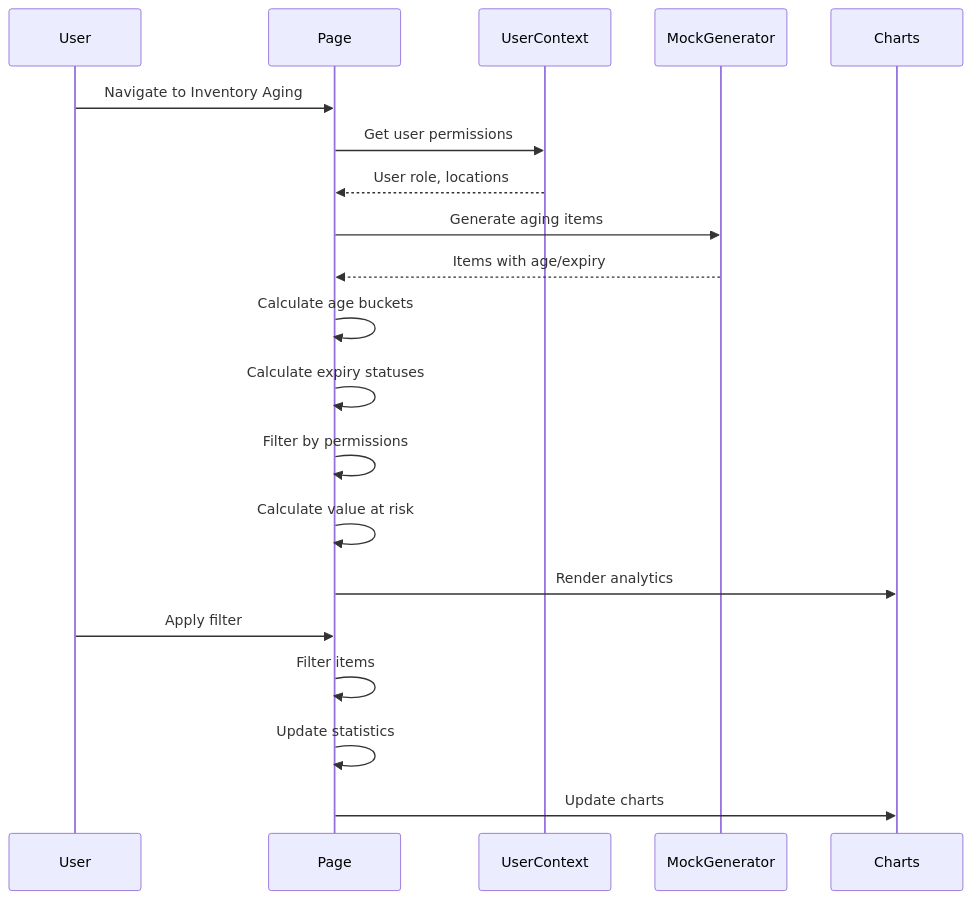
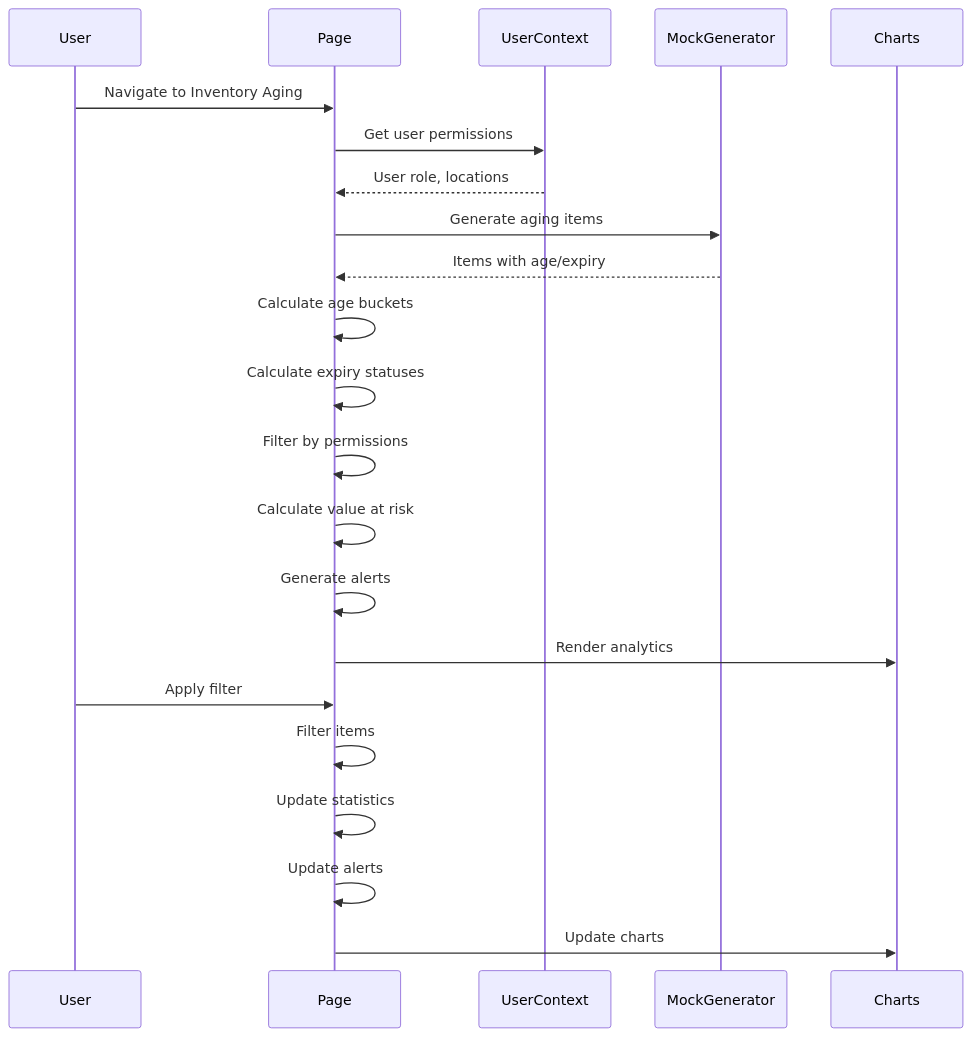
One commit to PeakMNA/carmen changed the third of 3 diagrams in docs/app/inventory-management/stock-overview/inventory-aging/TS-inventory-aging.md. Above: the diagram before and after it, drawn with Mermaid. The commit also changed other lines of this file and 473 other files, not shown here.

````diff
--- a/docs/app/inventory-management/stock-overview/inventory-aging/TS-inventory-aging.md
+++ b/docs/app/inventory-management/stock-overview/inventory-aging/TS-inventory-aging.md
@@ -188,24 +221,26 @@
 ```mermaid
 sequenceDiagram
     participant User
     participant Page
     participant UserContext
     participant MockGenerator
     participant Charts
 
     User->>Page: Navigate to Inventory Aging
     Page->>UserContext: Get user permissions
     UserContext-->>Page: User role, locations
     Page->>MockGenerator: Generate aging items
     MockGenerator-->>Page: Items with age/expiry
     Page->>Page: Calculate age buckets
     Page->>Page: Calculate expiry statuses
     Page->>Page: Filter by permissions
     Page->>Page: Calculate value at risk
+    Page->>Page: Generate alerts
     Page->>Charts: Render analytics
 
     User->>Page: Apply filter
     Page->>Page: Filter items
     Page->>Page: Update statistics
+    Page->>Page: Update alerts
     Page->>Charts: Update charts
 ```
````
